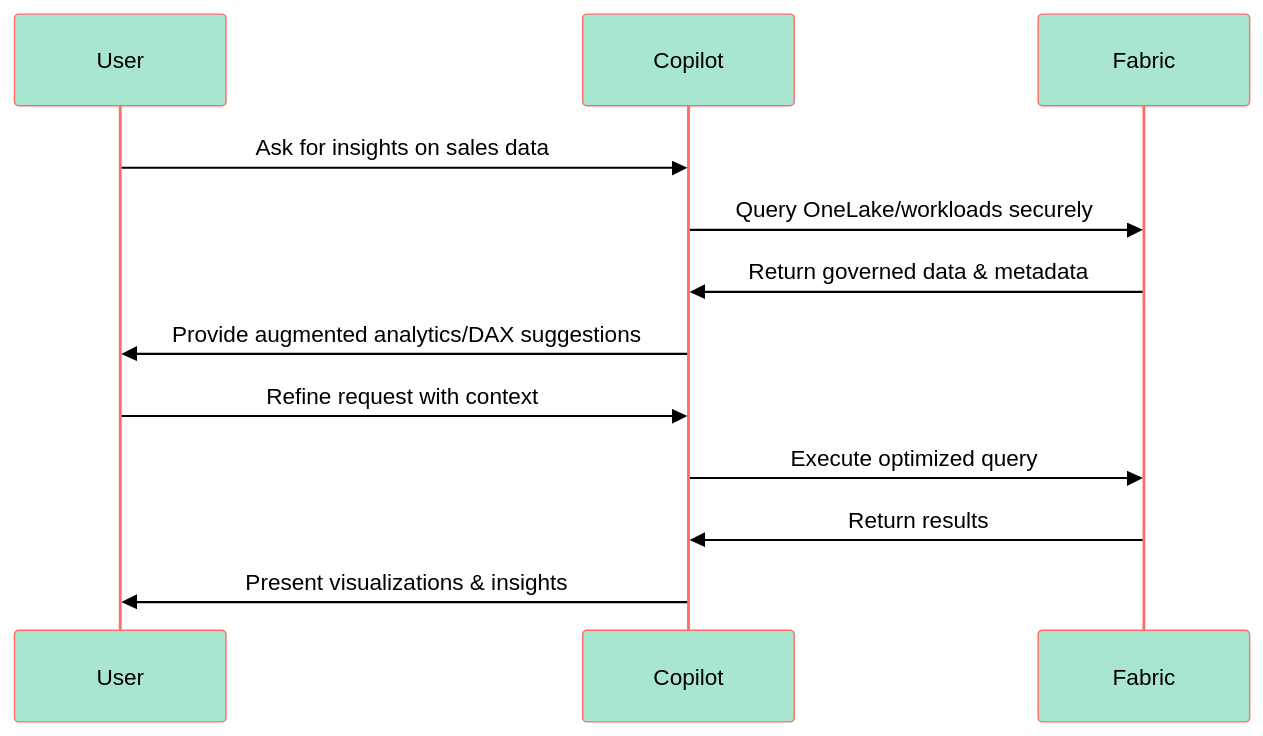
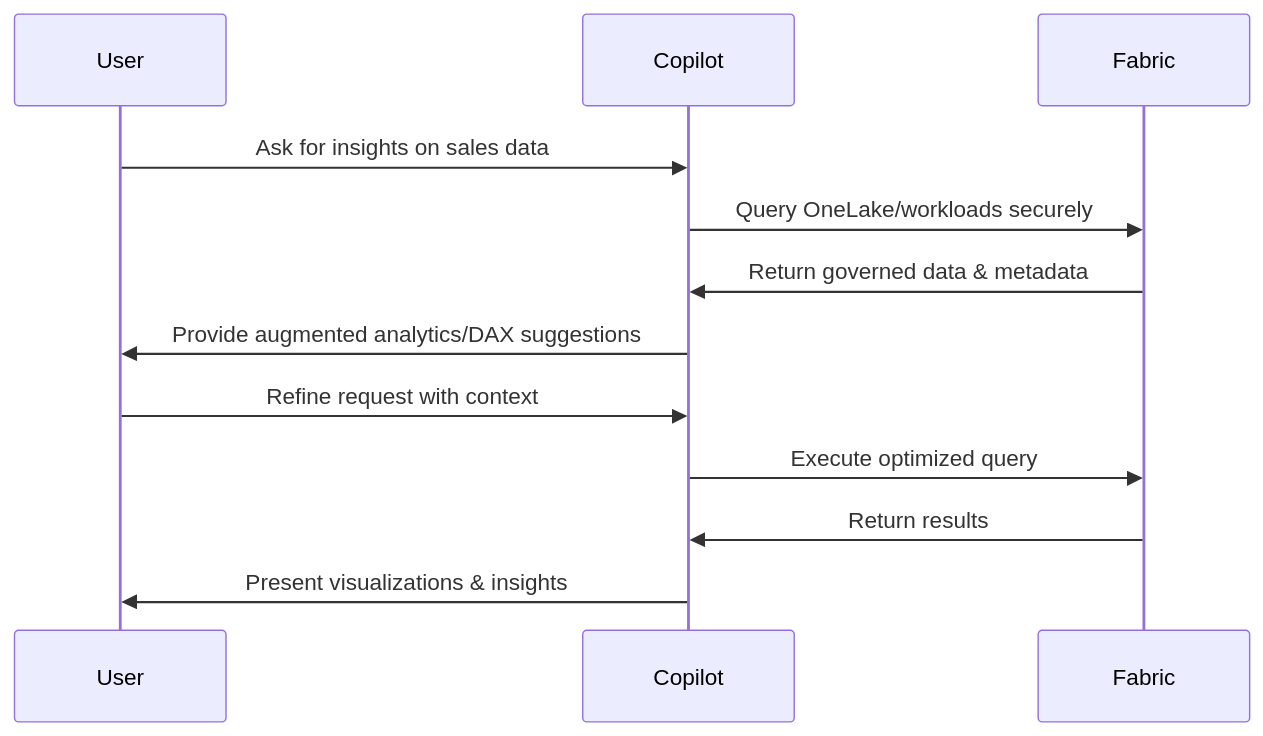
One commit to MoBRUEC/MoBRUEC changed the fifth of 10 diagrams in microsoft-fabric/readme.md. Above: the diagram before and after it, drawn with Mermaid. The commit also changed other lines of this file, not shown here.

````diff
--- a/microsoft-fabric/readme.md
+++ b/microsoft-fabric/readme.md
@@ -240,16 +221,15 @@
 ```mermaid
-%%{init: {'theme':'base', 'themeVariables': { 'primaryColor':'#A8E6CF','primaryTextColor':'#000','primaryBorderColor':'#FF6B6B','lineColor':'#4ECDC4','secondaryColor':'#FFD3B6','tertiaryColor':'#95E1D3'}}}%%
 sequenceDiagram
     participant User
     participant Copilot
     participant Fabric
 
     User->>Copilot: Ask for insights on sales data
     Copilot->>Fabric: Query OneLake/workloads securely
     Fabric->>Copilot: Return governed data & metadata
     Copilot->>User: Provide augmented analytics/DAX suggestions
     User->>Copilot: Refine request with context
     Copilot->>Fabric: Execute optimized query
     Fabric->>Copilot: Return results
     Copilot->>User: Present visualizations & insights
 ```
````
